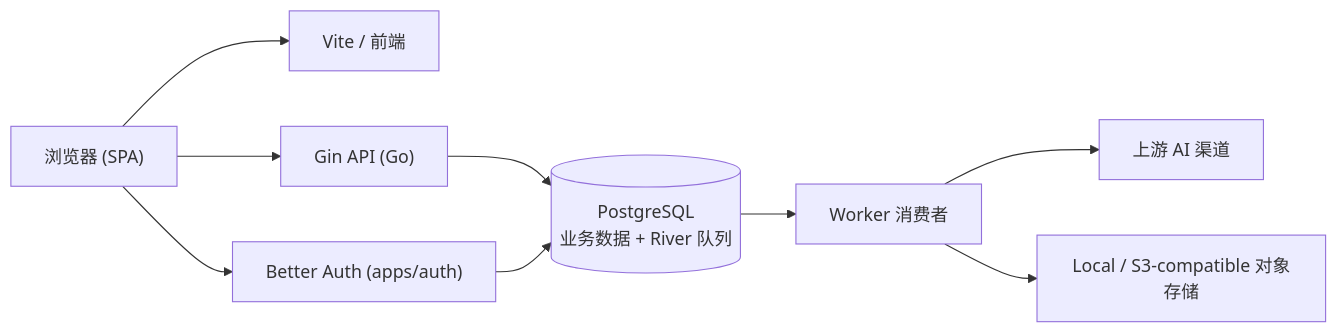
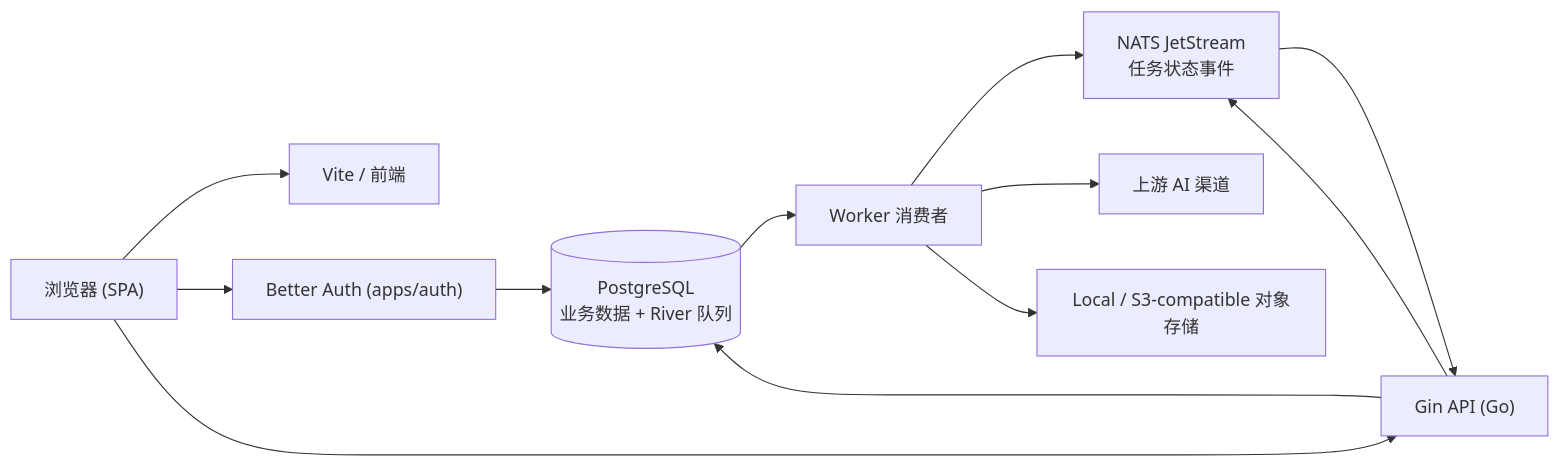
One commit to Ericsunsk/IdeaBoard changed the first of 2 diagrams in DEVELOPMENT.md. Above: the diagram before and after it, drawn with Mermaid. The commit also changed other lines of this file and 27 other files, not shown here.

First line of the commit message:
feat: add NATS JetStream event bus for task status events

````diff
--- a/DEVELOPMENT.md
+++ b/DEVELOPMENT.md
@@ -47,13 +47,16 @@
 ```mermaid
 graph LR
     Browser["浏览器 (SPA)"] --> Vite["Vite / 前端"]
     Browser --> Auth["Better Auth (apps/auth)"]
     Browser --> Gin["Gin API (Go)"]
     
     Gin --> Postgres[("PostgreSQL<br>业务数据 + River 队列")]
+    Gin --> NATS["NATS JetStream<br>任务状态事件"]
     Auth --> Postgres
     
     Postgres --> Worker["Worker 消费者"]
+    Worker --> NATS
+    NATS --> Gin
     Worker --> AI["上游 AI 渠道"]
     Worker --> Storage["Local / S3-compatible 对象存储"]
 ```
````
